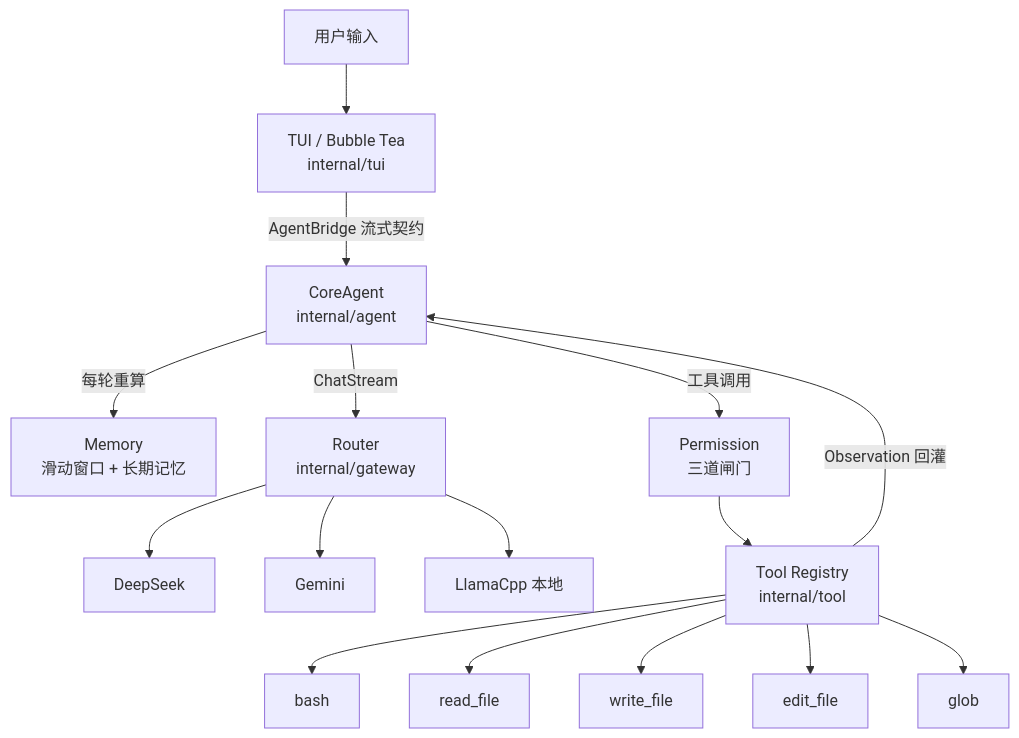
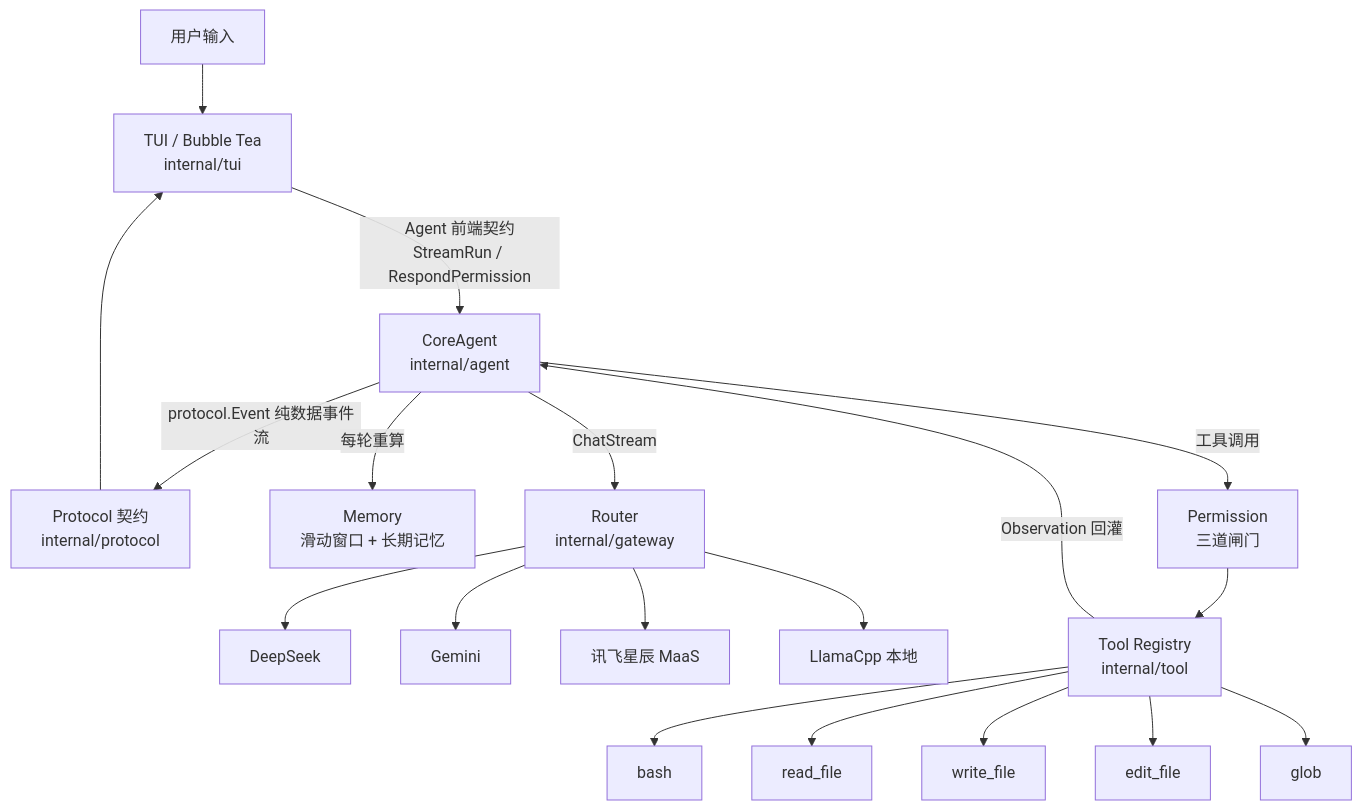
The diagram in README.md (coustea/AI-Agent), drawn with Mermaid before and after one commit. The commit also changed other lines of this file, not shown here.

````diff
--- a/README.md
+++ b/README.md
@@ -322,18 +340,21 @@
 ```mermaid
 flowchart TD
     U[用户输入] --> TUI[TUI / Bubble Tea<br/>internal/tui]
-    TUI -->|AgentBridge 流式契约| AG[CoreAgent<br/>internal/agent]
+    TUI -->|Agent 前端契约<br/>StreamRun / RespondPermission| AG[CoreAgent<br/>internal/agent]
+    AG -->|protocol.Event 纯数据事件流| PR[Protocol 契约<br/>internal/protocol]
+    PR --> TUI
     AG -->|每轮重算| MEM[Memory<br/>滑动窗口 + 长期记忆]
     AG -->|ChatStream| RT[Router<br/>internal/gateway]
     RT --> DS[DeepSeek]
     RT --> GM[Gemini]
+    RT --> SP[讯飞星辰 MaaS]
     RT --> LC[LlamaCpp 本地]
     AG -->|工具调用| PERM[Permission<br/>三道闸门]
     PERM --> REG[Tool Registry<br/>internal/tool]
     REG --> B1[bash]
     REG --> B2[read_file]
     REG --> B3[write_file]
     REG --> B4[edit_file]
     REG --> B5[glob]
     REG -->|Observation 回灌| AG
 ```
````
